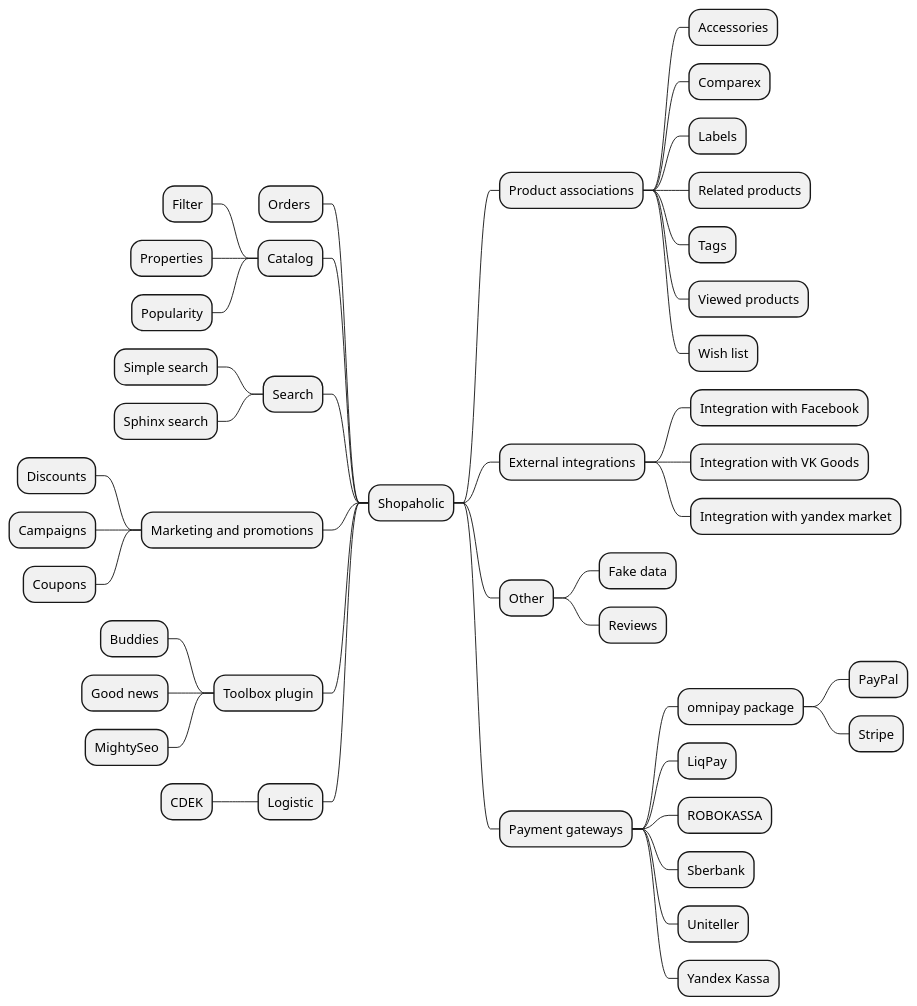
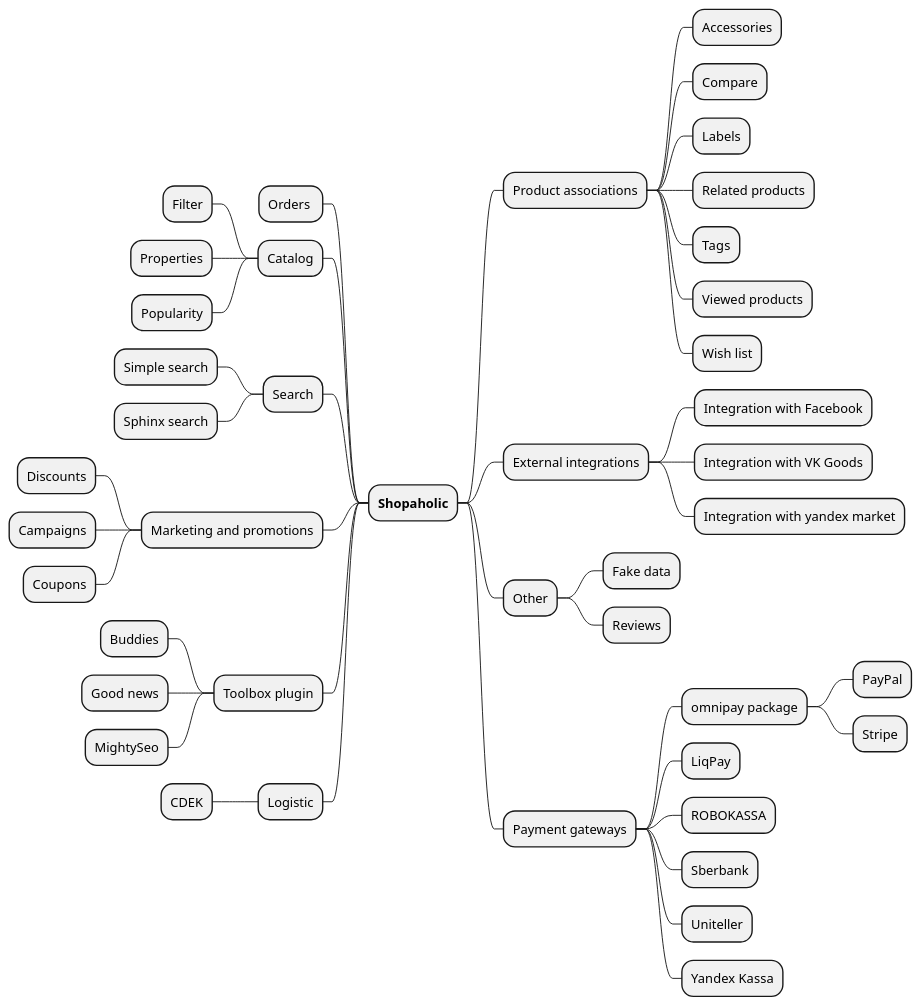
One commit to oc-shopaholic/oc-shopaholic-docs changed the diagram in home.md. Above: the diagram before and after it, drawn with PlantUML. The commit also changed other lines of this file and 1 other file, not shown here.

Commit message:
Updated architecture section

````diff
--- a/home.md
+++ b/home.md
@@ -7,48 +11,48 @@
 ```plantuml
 @startmindmap
-+ Shopaholic
++ **Shopaholic**
 ++ Product associations
 +++ Accessories
-+++ Comparex
++++ Compare
 +++ Labels
 +++ Related products
 +++ Tags
 +++ Viewed products
 +++ Wish list
 ++ External integrations
 +++ Integration with Facebook
 +++ Integration with VK Goods
 +++ Integration with yandex market
 ++ Other
 +++ Fake data
 +++ Reviews
 ++ Payment gateways
 +++ omnipay package
 ++++ PayPal
 ++++ Stripe
 +++ LiqPay
 +++ ROBOKASSA
 +++ Sberbank
 +++ Uniteller
 +++ Yandex Kassa
 -- Orders 
 -- Catalog
 --- Filter
 --- Properties
 --- Popularity
 -- Search
 --- Simple search
 --- Sphinx search
 -- Marketing and promotions
 --- Discounts
 --- Campaigns
 --- Coupons
 -- Toolbox plugin
 --- Buddies
 --- Good news
 --- MightySeo
 -- Logistic
 --- CDEK
 
 @endmindmap
 ```
````
